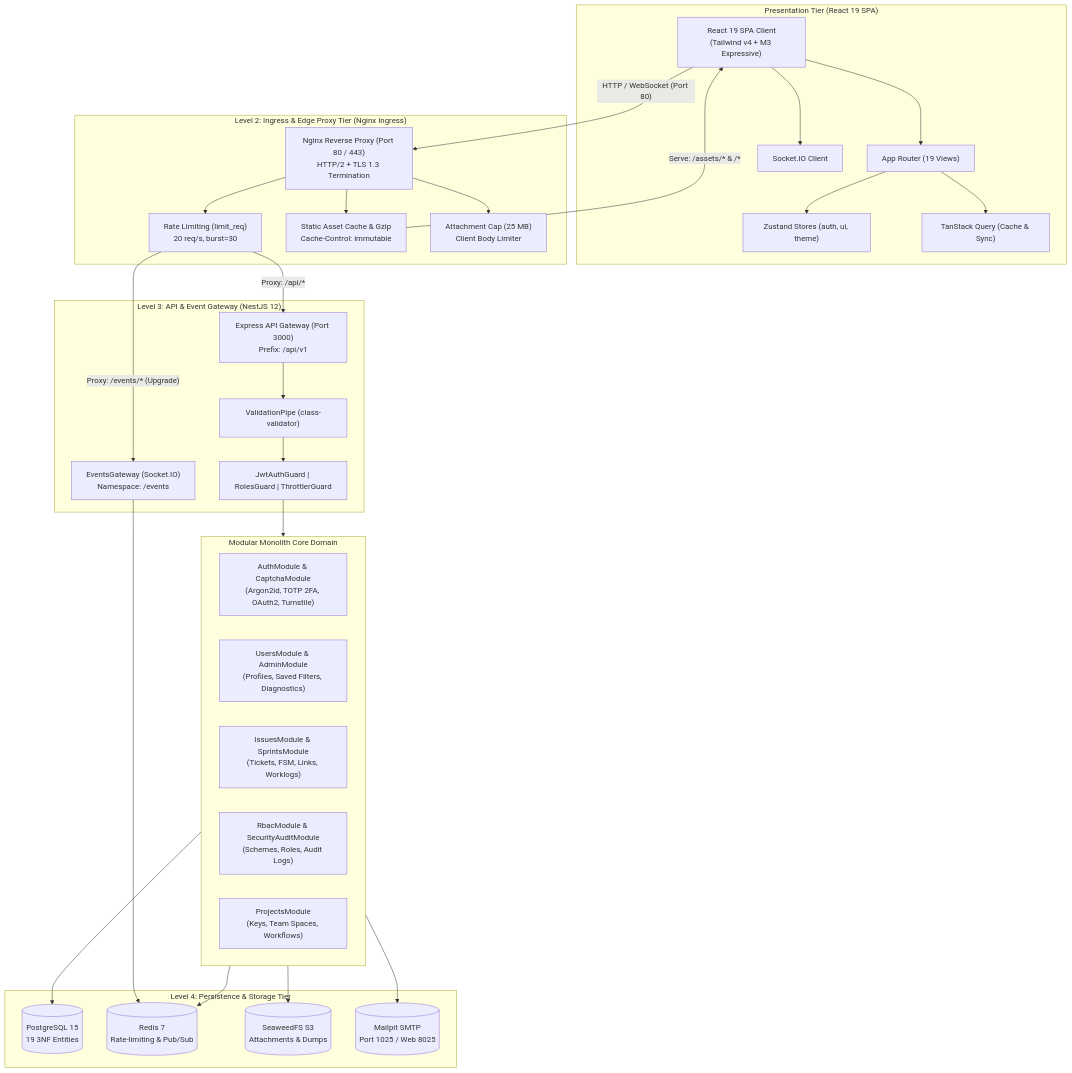
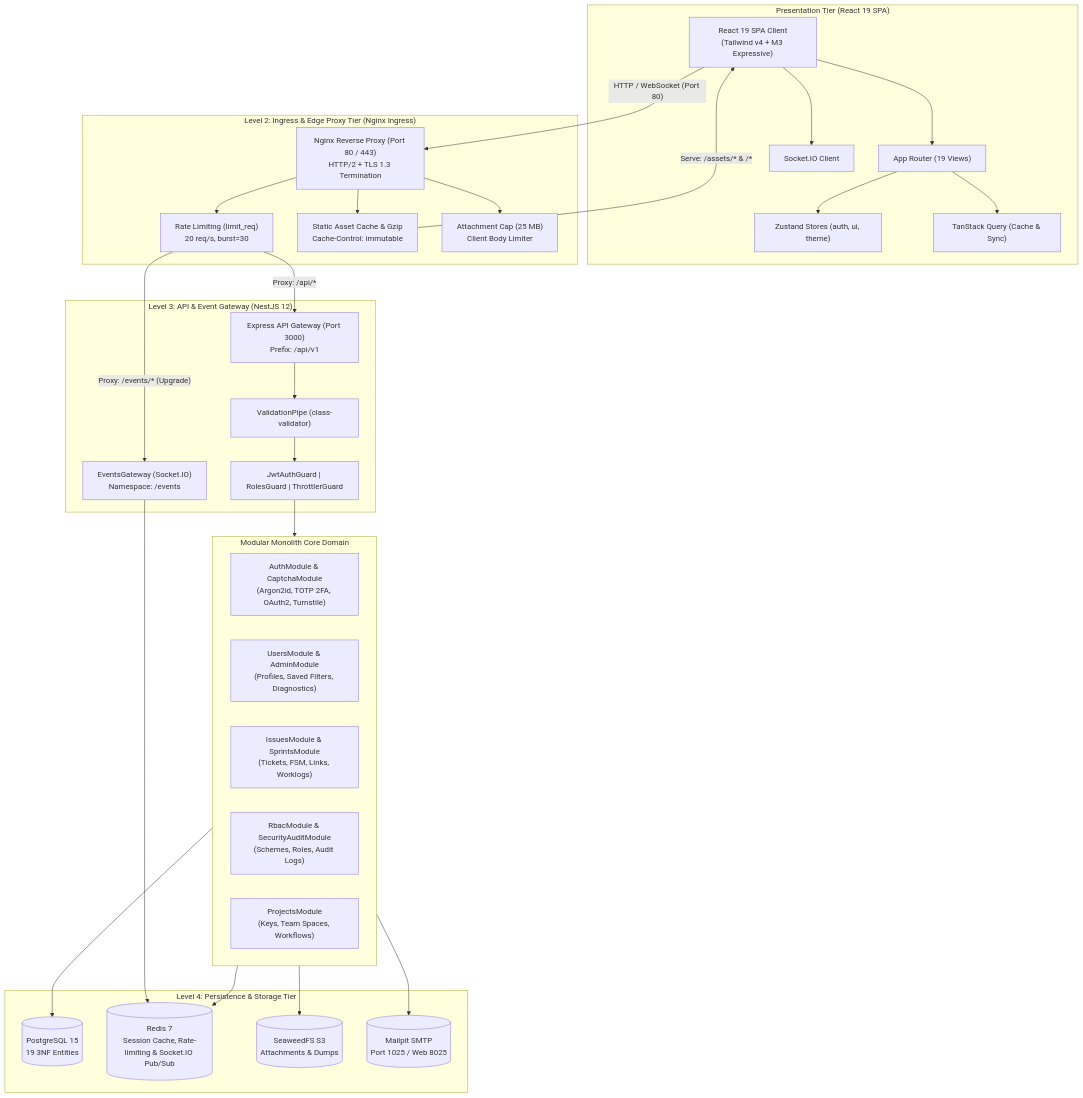
Before and after one commit to finkord/bug-tracker: the diagram in documentation/architecture/diagrams/system_architecture.mmd, drawn with Mermaid. The commit also changed 7 other files, not shown here.

First line of the commit message:
docs: synchronize system architecture and module specifications

```diff
--- a/documentation/architecture/diagrams/system_architecture.mmd
+++ b/documentation/architecture/diagrams/system_architecture.mmd
@@ -1,59 +1,59 @@
 graph TB
     subgraph ClientTier["Presentation Tier (React 19 SPA)"]
         SPA["React 19 SPA Client<br/>(Tailwind v4 + M3 Expressive)"]
         Router["App Router (19 Views)"]
         Stores["Zustand Stores (auth, ui, theme)"]
         Query["TanStack Query (Cache & Sync)"]
         WSClient["Socket.IO Client"]
         SPA --> Router
         Router --> Stores
         Router --> Query
         SPA --> WSClient
     end
 
     subgraph IngressTier["Level 2: Ingress & Edge Proxy Tier (Nginx Ingress)"]
         Nginx["Nginx Reverse Proxy (Port 80 / 443)<br/>HTTP/2 + TLS 1.3 Termination"]
         RateLimit["Rate Limiting (limit_req)<br/>20 req/s, burst=30"]
         StaticCache["Static Asset Cache & Gzip<br/>Cache-Control: immutable"]
         BodyCap["Attachment Cap (25 MB)<br/>Client Body Limiter"]
         Nginx --> RateLimit
         Nginx --> StaticCache
         Nginx --> BodyCap
     end
 
     subgraph GatewayTier["Level 3: API & Event Gateway (NestJS 12)"]
         Main["Express API Gateway (Port 3000)<br/>Prefix: /api/v1"]
         Pipes["ValidationPipe (class-validator)"]
         Guards["JwtAuthGuard | RolesGuard | ThrottlerGuard"]
         EventsGW["EventsGateway (Socket.IO)<br/>Namespace: /events"]
         Main --> Pipes
         Pipes --> Guards
     end
 
     subgraph CoreModules["Modular Monolith Core Domain"]
         AuthM["AuthModule & CaptchaModule<br/>(Argon2id, TOTP 2FA, OAuth2, Turnstile)"]
         UserM["UsersModule & AdminModule<br/>(Profiles, Saved Filters, Diagnostics)"]
         IssueM["IssuesModule & SprintsModule<br/>(Tickets, FSM, Links, Worklogs)"]
         RbacM["RbacModule & SecurityAuditModule<br/>(Schemes, Roles, Audit Logs)"]
         ProjM["ProjectsModule<br/>(Keys, Team Spaces, Workflows)"]
     end
 
     subgraph DataTier["Level 4: Persistence & Storage Tier"]
         Postgres[("PostgreSQL 15<br/>19 3NF Entities")]
-        RedisCache[("Redis 7<br/>Rate-limiting & Pub/Sub")]
+        RedisCache[("Redis 7<br/>Session Cache, Rate-limiting & Socket.IO Pub/Sub")]
         Seaweed[("SeaweedFS S3<br/>Attachments & Dumps")]
         Mailpit[("Mailpit SMTP<br/>Port 1025 / Web 8025")]
     end
 
     SPA -- "HTTP / WebSocket (Port 80)" --> Nginx
     RateLimit -- "Proxy: /api/*" --> Main
     RateLimit -- "Proxy: /events/* (Upgrade)" --> EventsGW
     StaticCache -- "Serve: /assets/* & /*" --> SPA
 
     Guards --> CoreModules
     EventsGW --> RedisCache
 
     CoreModules --> Postgres
     CoreModules --> RedisCache
     CoreModules --> Seaweed
     CoreModules --> Mailpit
```
